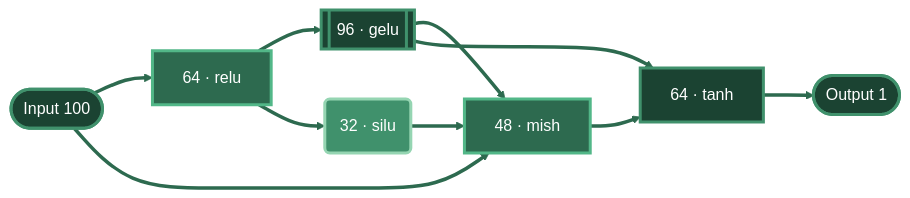
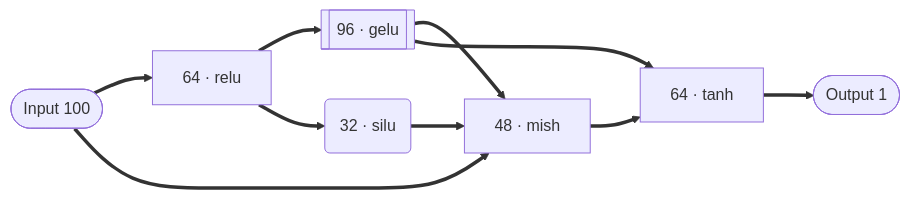
Before and after one commit to maulberto3/gras: the second of 3 diagrams in README.md, drawn with Mermaid. The commit also changed other lines of this file and 4 other files, not shown here.

````diff
--- a/README.md
+++ b/README.md
@@ -49,25 +25,12 @@
 ```mermaid
-%%{init: {'theme': 'base', 'themeVariables': {
-  'primaryColor': '#1a3a2a',
-  'primaryTextColor': '#fff',
-  'lineColor': '#2d6a4f',
-  'primaryBorderColor': '#40916c'
-}}}%%
 graph LR
     I([Input 100]) ==> H1[64 · relu]
     H1 ==> H2[[96 · gelu]]
     H1 ==> H3(32 · silu)
     I ==> H4[48 · mish]
     H2 ==> H4
     H3 ==> H4
     H2 ==> H5[64 · tanh]
     H4 ==> H5
     H5 ==> O([Output 1])
-    style I fill:#1b4332,stroke:#40916c,stroke-width:3px,color:#fff
-    style H1 fill:#2d6a4f,stroke:#52b788,stroke-width:3px,color:#fff
-    style H2 fill:#1b4332,stroke:#40916c,stroke-width:3px,color:#fff
-    style H3 fill:#40916c,stroke:#95d5b2,stroke-width:3px,color:#fff
-    style H4 fill:#2d6a4f,stroke:#52b788,stroke-width:3px,color:#fff
-    style H5 fill:#1b4332,stroke:#40916c,stroke-width:3px,color:#fff
-    style O fill:#1b4332,stroke:#40916c,stroke-width:3px,color:#fff
 ```
````
